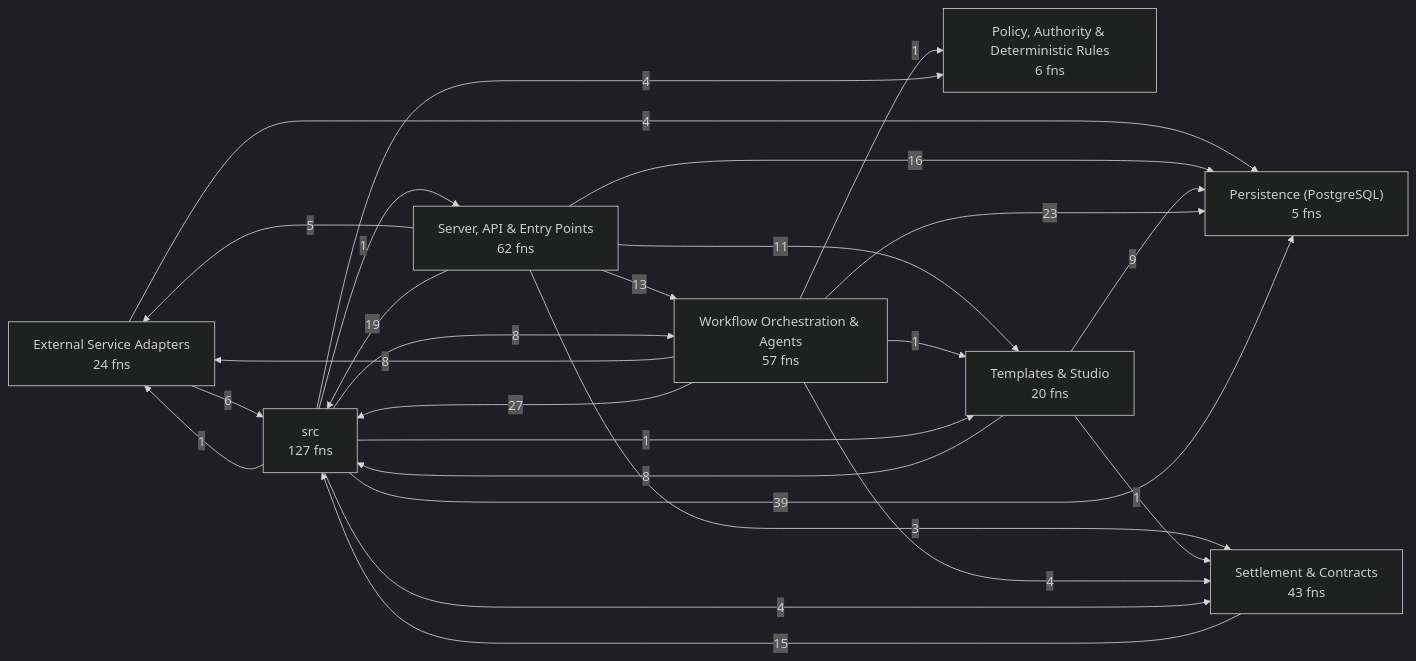
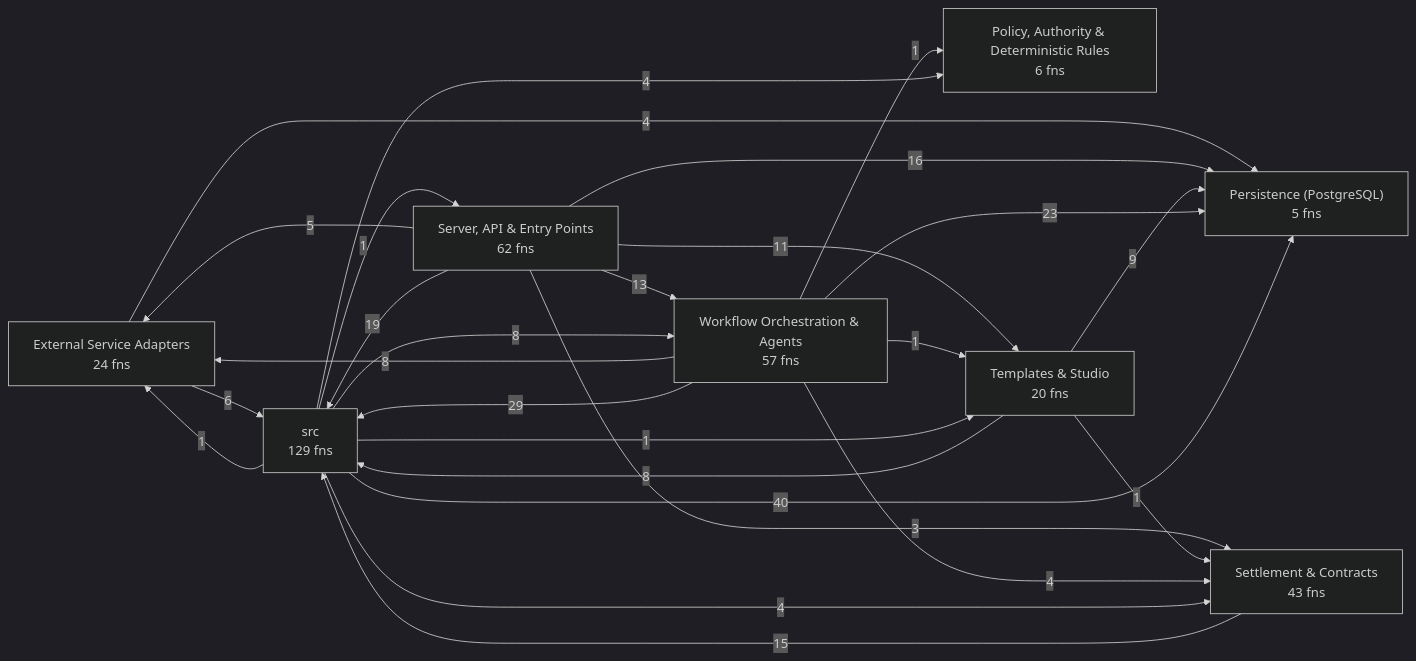
One commit to Jaydearcadian/bind changed the first of 8 diagrams in docs/CODEBASE_MAP.md. Above: the diagram before and after it, drawn with Mermaid (dark theme). The commit also changed other lines of this file and 8 other files, not shown here.

````diff
--- a/docs/CODEBASE_MAP.md
+++ b/docs/CODEBASE_MAP.md
@@ -12,36 +12,36 @@
 ```mermaid
 flowchart LR
   L0["External Service Adapters<br/>24 fns"]
   L1["Persistence (PostgreSQL)<br/>5 fns"]
   L2["Policy, Authority & Deterministic Rules<br/>6 fns"]
   L3["Server, API & Entry Points<br/>62 fns"]
   L4["Settlement & Contracts<br/>43 fns"]
   L5["Templates & Studio<br/>20 fns"]
   L6["Workflow Orchestration & Agents<br/>57 fns"]
-  L7["src<br/>127 fns"]
+  L7["src<br/>129 fns"]
   L0 -->|4| L1
   L0 -->|6| L7
   L3 -->|5| L0
   L3 -->|16| L1
   L3 -->|3| L4
   L3 -->|11| L5
   L3 -->|13| L6
   L3 -->|19| L7
   L4 -->|15| L7
   L5 -->|9| L1
   L5 -->|1| L4
   L5 -->|8| L7
   L6 -->|8| L0
   L6 -->|23| L1
   L6 -->|1| L2
   L6 -->|4| L4
   L6 -->|1| L5
-  L6 -->|27| L7
+  L6 -->|29| L7
   L7 -->|1| L0
-  L7 -->|39| L1
+  L7 -->|40| L1
   L7 -->|4| L2
   L7 -->|1| L3
   L7 -->|4| L4
   L7 -->|1| L5
   L7 -->|8| L6
 ```
````
